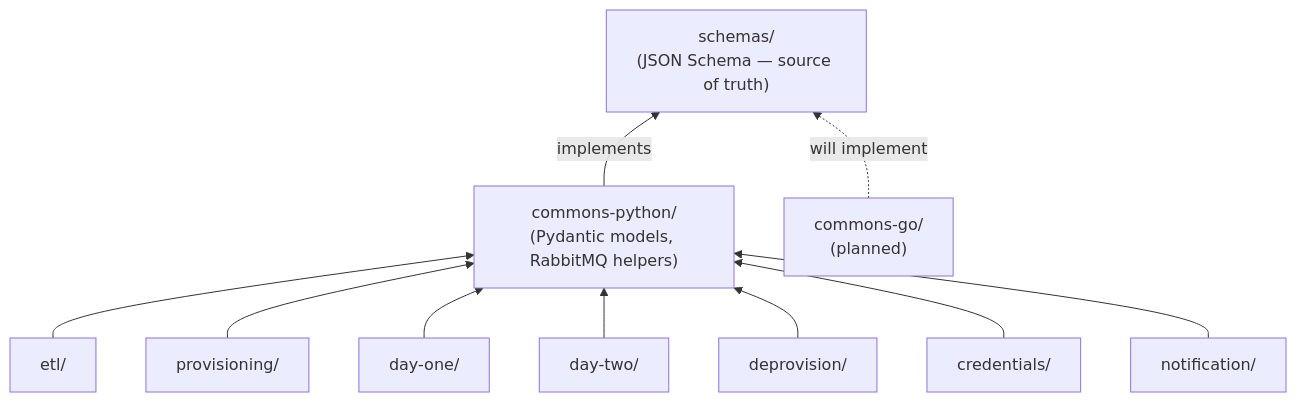
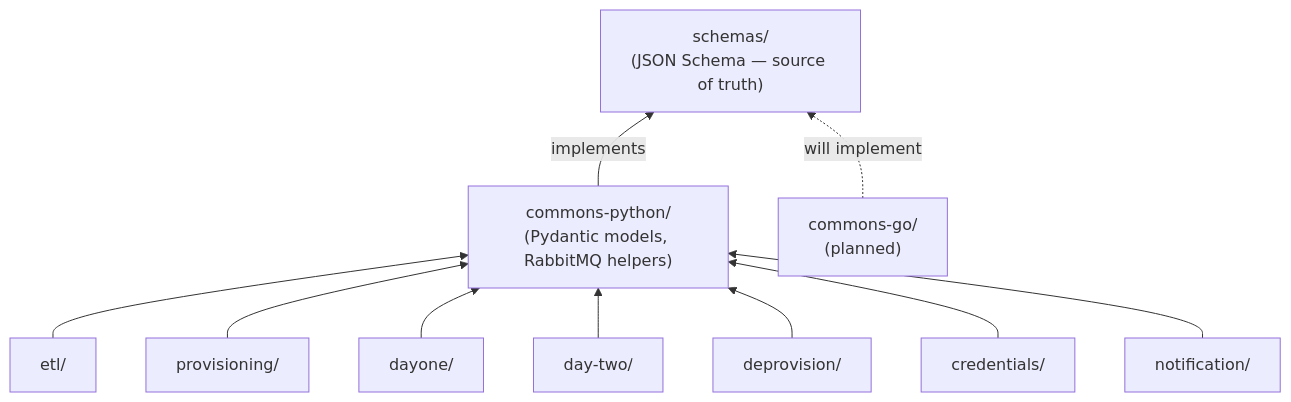
The second of 4 diagrams in docs/diagrams.md (redhat-openshift-partner-labs/workers), drawn with Mermaid before and after one commit. The commit also changed other lines of this file and 1 other file, not shown here.

Commit message:
chore: update documentation to use dayone not day-one

````diff
--- a/docs/diagrams.md
+++ b/docs/diagrams.md
@@ -57,26 +57,26 @@
 ```mermaid
 flowchart BT
     SCHEMAS["schemas/\n(JSON Schema — source of truth)"]
 
     CP["commons-python/\n(Pydantic models, RabbitMQ helpers)"]
     CG["commons-go/\n(planned)"]
 
     ETL[etl/]
     PROV[provisioning/]
-    D1[day-one/]
+    D1[dayone/]
     D2[day-two/]
     DEPROV[deprovision/]
     CRED[credentials/]
     NOTIF[notification/]
 
     CP -->|implements| SCHEMAS
     CG -.->|will implement| SCHEMAS
 
     ETL --> CP
     PROV --> CP
     D1 --> CP
     D2 --> CP
     DEPROV --> CP
     CRED --> CP
     NOTIF --> CP
 ```
````
